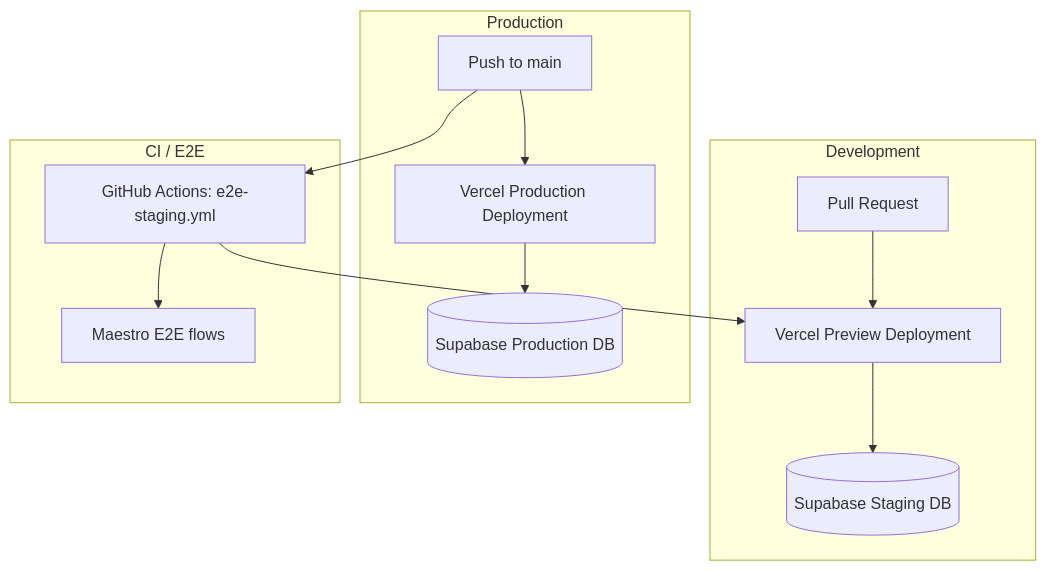
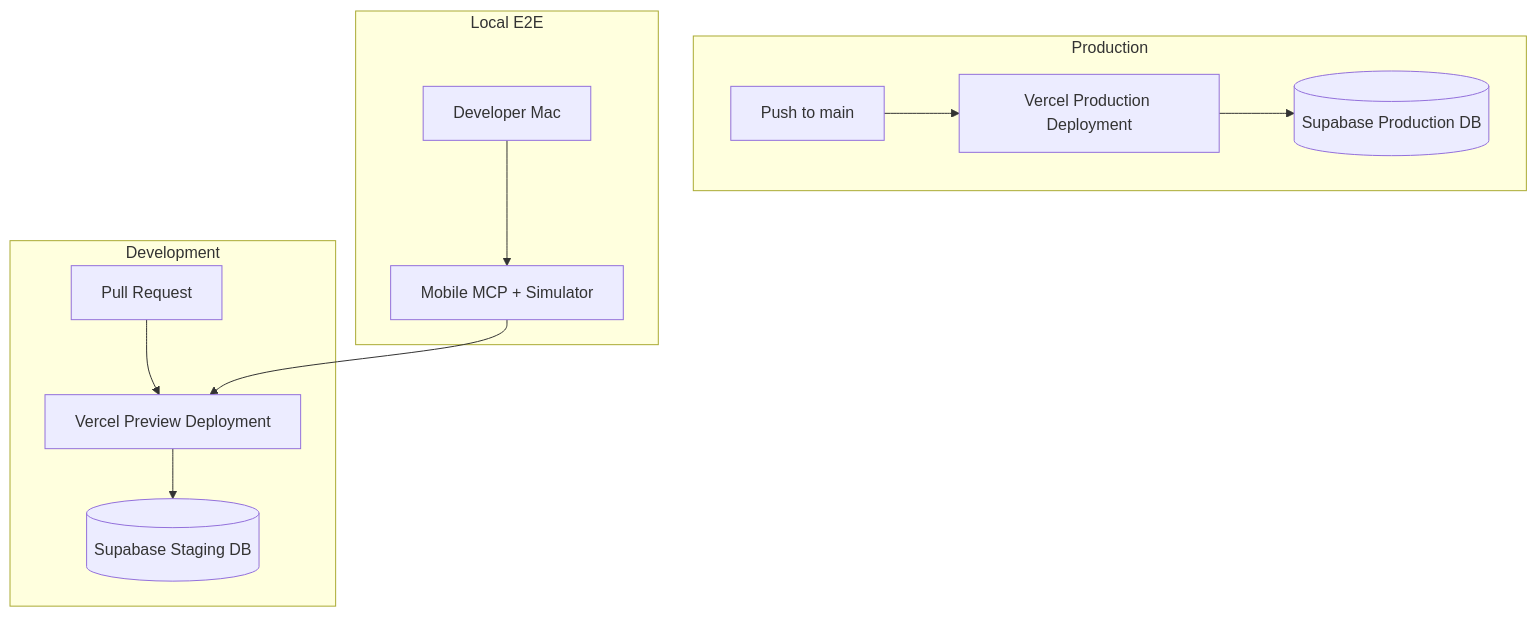
Before and after one commit to dgmolla/fitsy: the diagram in docs/engineering/devops/staging-environment.md, drawn with Mermaid. The commit also changed other lines of this file and 14 other files, not shown here.

````diff
--- a/docs/engineering/devops/staging-environment.md
+++ b/docs/engineering/devops/staging-environment.md
@@ -11,18 +11,17 @@
 ```mermaid
 graph TB
     subgraph "Development"
         PR[Pull Request] --> VP[Vercel Preview Deployment]
         VP --> StDB[(Supabase Staging DB)]
     end
 
     subgraph "Production"
         MAIN[Push to main] --> PROD[Vercel Production Deployment]
         PROD --> PRDB[(Supabase Production DB)]
     end
 
-    subgraph "CI / E2E"
-        MAIN --> GHA[GitHub Actions: e2e-staging.yml]
-        GHA --> VP
-        GHA --> MAESTRO[Maestro E2E flows]
+    subgraph "Local E2E"
+        DEV[Developer Mac] --> MCP[Mobile MCP + Simulator]
+        MCP --> VP
     end
 ```
````
